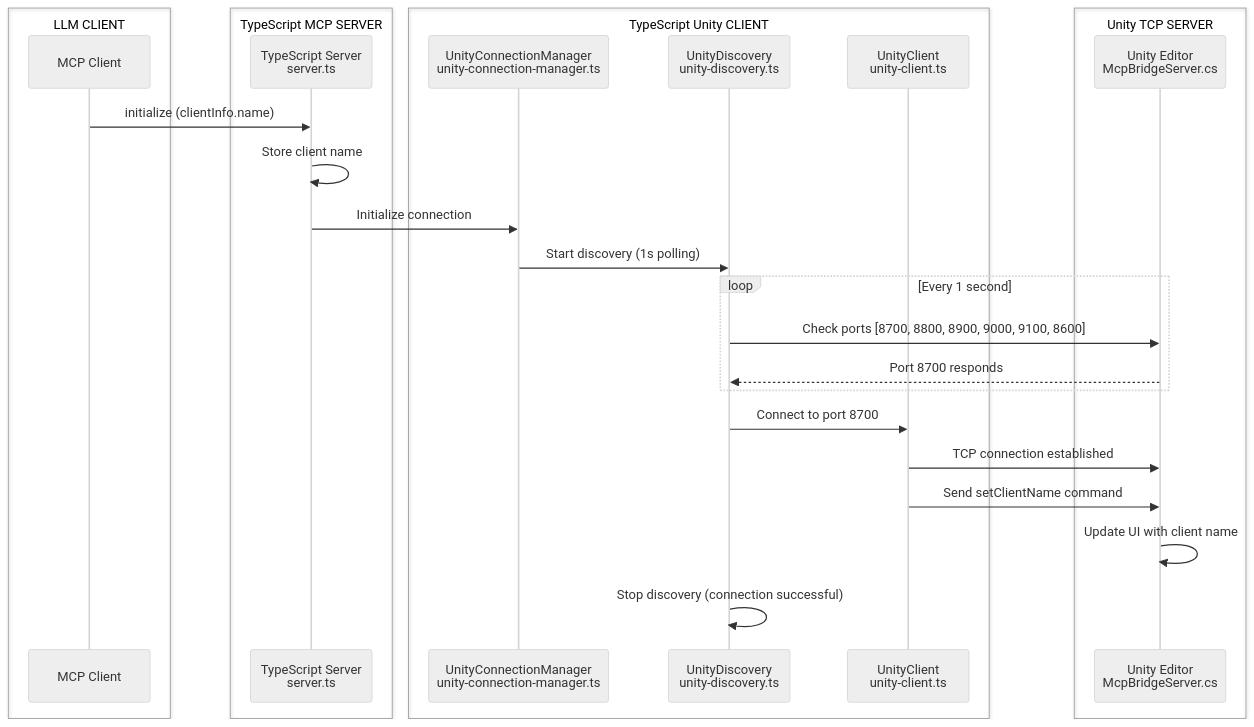
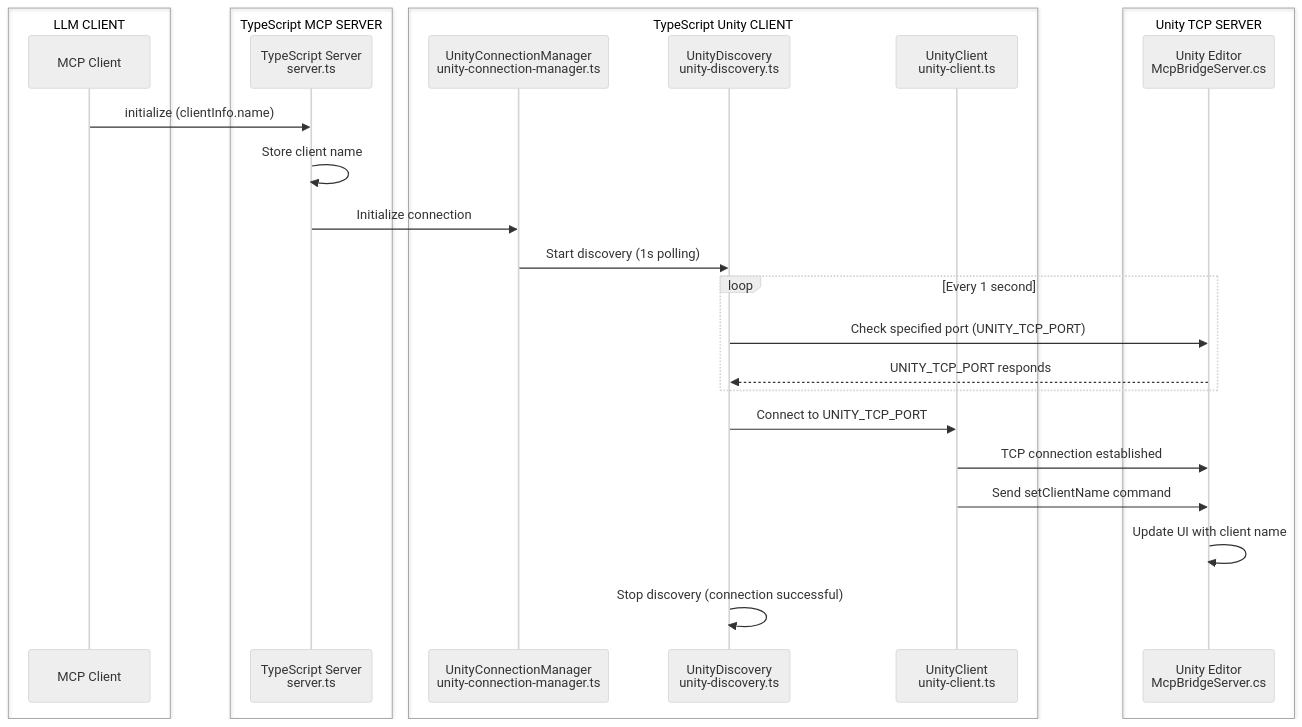
Before and after one commit to hatayama/uLoopMCP: the sixth of 16 diagrams in Packages/src/ARCHITECTURE.md, drawn with Mermaid (neutral theme). The commit also changed other lines of this file and 3 other files, not shown here.

Commit message:
refactor: optimize Unity discovery to use single specified port (#234)

````diff
--- a/Packages/src/ARCHITECTURE.md
+++ b/Packages/src/ARCHITECTURE.md
@@ -445,36 +445,36 @@
 ```mermaid
 sequenceDiagram
     box LLM CLIENT
     participant MCP as MCP Client
     end
     
     box TypeScript MCP SERVER
     participant TS as TypeScript Server<br/>server.ts
     end
     
     box TypeScript Unity CLIENT
     participant UCM as UnityConnectionManager<br/>unity-connection-manager.ts
     participant UD as UnityDiscovery<br/>unity-discovery.ts
     participant UC as UnityClient<br/>unity-client.ts
     end
     
     box Unity TCP SERVER
     participant Unity as Unity Editor<br/>McpBridgeServer.cs
     end
     
     MCP->>TS: initialize (clientInfo.name)
     TS->>TS: Store client name
     TS->>UCM: Initialize connection
     UCM->>UD: Start discovery (1s polling)
     
     loop Every 1 second
-        UD->>Unity: Check ports [8700, 8800, 8900, 9000, 9100, 8600]
-        Unity-->>UD: Port 8700 responds
+        UD->>Unity: Check specified port (UNITY_TCP_PORT)
+        Unity-->>UD: UNITY_TCP_PORT responds
     end
     
-    UD->>UC: Connect to port 8700
+    UD->>UC: Connect to UNITY_TCP_PORT
     UC->>Unity: TCP connection established
     UC->>Unity: Send setClientName command
     Unity->>Unity: Update UI with client name
     UD->>UD: Stop discovery (connection successful)
 ```
````
